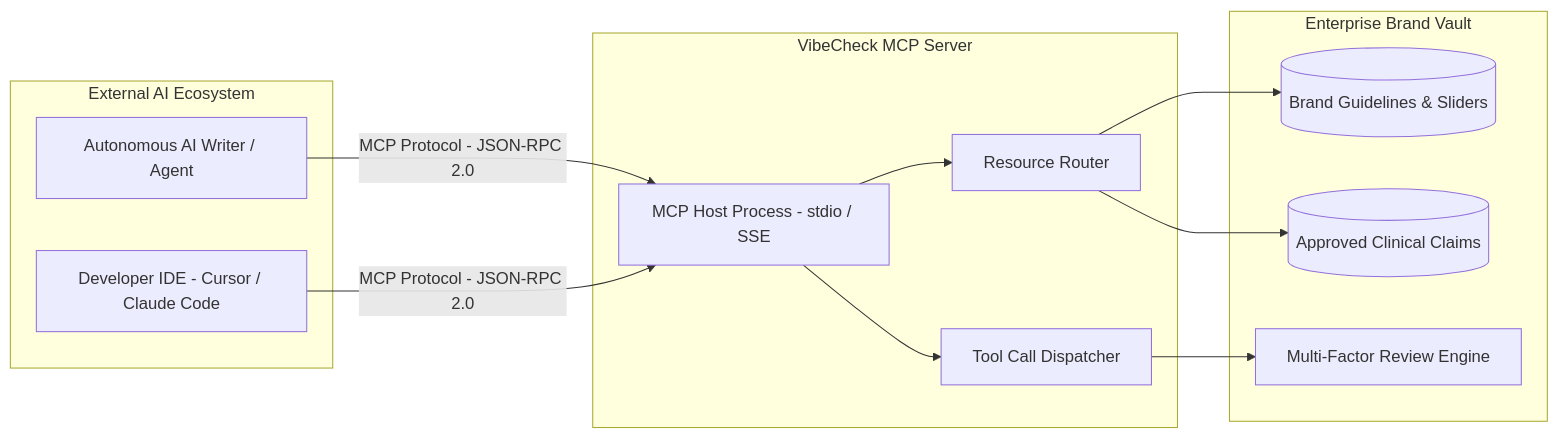
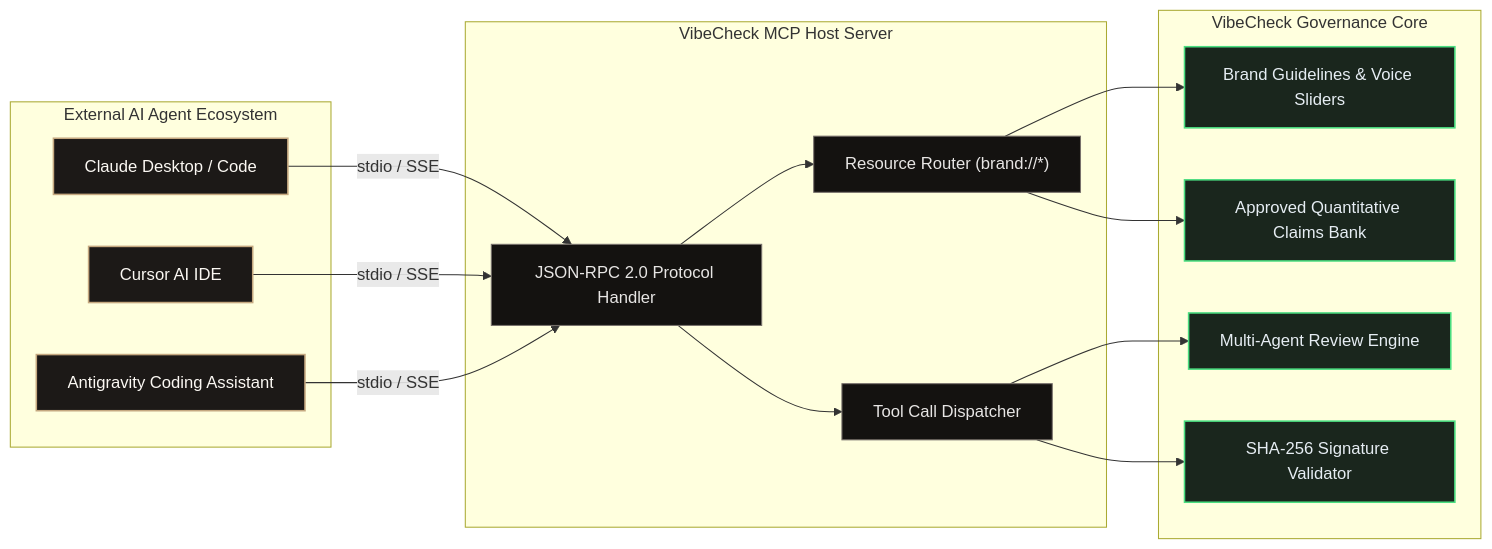
One commit to SmartyGamerZYT/VibeCheck-AI changed the first of 2 diagrams in Docs/MCP connection.md. Above: the diagram before and after it, drawn with Mermaid. The commit also changed other lines of this file and 14 other files, not shown here.

````diff
--- a/Docs/MCP connection.md
+++ b/Docs/MCP connection.md
@@ -12,29 +19,40 @@
 ```mermaid
-graph LR
-    subgraph External AI Ecosystem
-        Agent[Autonomous AI Writer / Agent]
-        IDE[Developer IDE - Cursor / Claude Code]
+flowchart LR
+    subgraph Client Tier [External AI Agent Ecosystem]
+        Claude["Claude Desktop / Code"]
+        Cursor["Cursor AI IDE"]
+        Antigravity["Antigravity Coding Assistant"]
     end
 
-    subgraph VibeCheck MCP Server
-        MCPServer[MCP Host Process - stdio / SSE]
-        ResourceRouter[Resource Router]
-        ToolRouter[Tool Call Dispatcher]
+    subgraph MCP Gateway [VibeCheck MCP Host Server]
+        RPC["JSON-RPC 2.0 Protocol Handler"]
+        ResourceHandler["Resource Router (brand://*)"]
+        ToolDispatcher["Tool Call Dispatcher"]
     end
 
-    subgraph Enterprise Brand Vault
-        GuidelinesDB[(Brand Guidelines & Sliders)]
-        ClaimsDB[(Approved Clinical Claims)]
-        AuditEngine[Multi-Factor Review Engine]
+    subgraph Enterprise Core [VibeCheck Governance Core]
+        Guidelines["Brand Guidelines & Voice Sliders"]
+        Claims["Approved Quantitative Claims Bank"]
+        Engine["Multi-Agent Review Engine"]
+        CryptoSeal["SHA-256 Signature Validator"]
     end
 
-    Agent -->|MCP Protocol - JSON-RPC 2.0| MCPServer
-    IDE -->|MCP Protocol - JSON-RPC 2.0| MCPServer
+    Claude -->|stdio / SSE| RPC
+    Cursor -->|stdio / SSE| RPC
+    Antigravity -->|stdio / SSE| RPC
 
-    MCPServer --> ResourceRouter
-    MCPServer --> ToolRouter
+    RPC --> ResourceHandler
+    RPC --> ToolDispatcher
 
-    ResourceRouter --> GuidelinesDB
-    ResourceRouter --> ClaimsDB
-    ToolRouter --> AuditEngine
+    ResourceHandler --> Guidelines
+    ResourceHandler --> Claims
+    ToolDispatcher --> Engine
+    ToolDispatcher --> CryptoSeal
+
+    classDef client fill:#1C1917,stroke:#C5A880,stroke-width:1.5px,color:#FBF8F3;
+    classDef mcp fill:#141210,stroke:#78716C,stroke-width:1px,color:#E7E5E4;
+    classDef core fill:#1A261D,stroke:#4ADE80,stroke-width:1.5px,color:#E6EDF3;
+    class Claude,Cursor,Antigravity client;
+    class RPC,ResourceHandler,ToolDispatcher mcp;
+    class Guidelines,Claims,Engine,CryptoSeal core;
 ```
````
